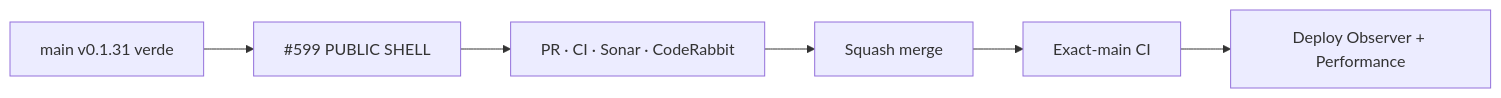
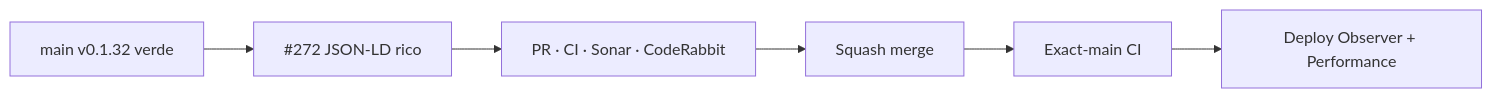
One commit to pl0n3r/brvtal changed the diagram in README.md. Above: the diagram before and after it, drawn with Mermaid. The commit also changed other lines of this file and 6 other files, not shown here.

First line of the commit message:
fix(seo): enrich entity-specific public JSON-LD (v0.1.33) (#601)

````diff
--- a/README.md
+++ b/README.md
@@ -48,8 +48,8 @@
 ```mermaid
 flowchart LR
- B["main v0.1.31 verde"] --> S["#599 PUBLIC SHELL"]
+ B["main v0.1.32 verde"] --> S["#272 JSON-LD rico"]
  S --> P["PR · CI · Sonar · CodeRabbit"]
  P --> M["Squash merge"]
  M --> X["Exact-main CI"]
  X --> D["Deploy Observer + Performance"]
 ```
````
